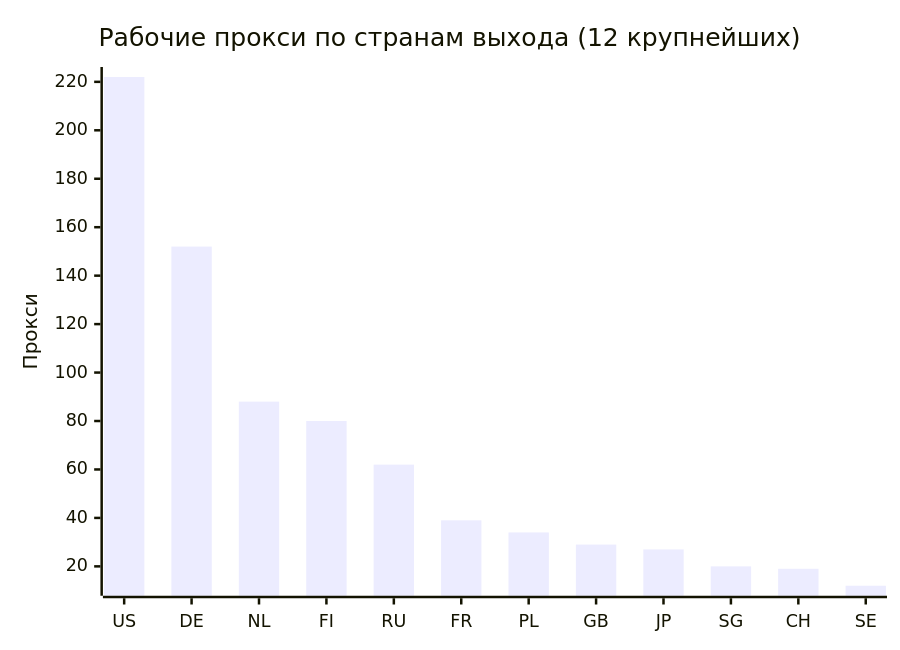
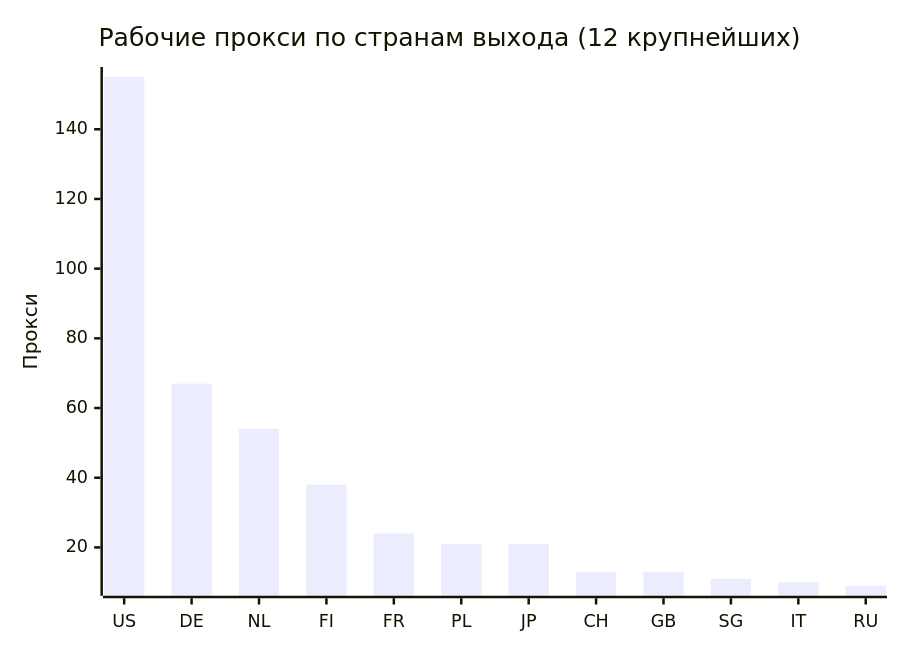
The second of 4 diagrams in README.md (rvvg/proxy-subs), drawn with Mermaid before and after one commit. The commit also changed other lines of this file and 53 other files, not shown here.

````diff
--- a/README.md
+++ b/README.md
@@ -133,7 +127,7 @@
 ```mermaid
 xychart-beta
     title "Рабочие прокси по странам выхода (12 крупнейших)"
-    x-axis ["US", "DE", "NL", "FI", "RU", "FR", "PL", "GB", "JP", "SG", "CH", "SE"]
+    x-axis ["US", "DE", "NL", "FI", "FR", "PL", "JP", "CH", "GB", "SG", "IT", "RU"]
     y-axis "Прокси"
-    bar [222, 152, 88, 80, 62, 39, 34, 29, 27, 20, 19, 12]
+    bar [155, 67, 54, 38, 24, 21, 21, 13, 13, 11, 10, 9]
 ```
````
